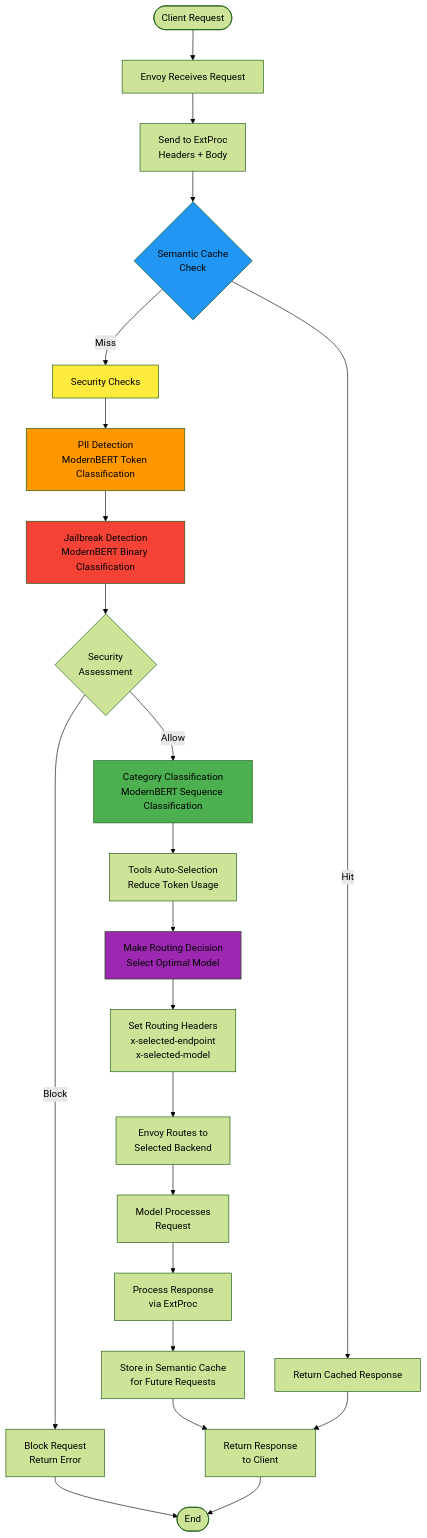
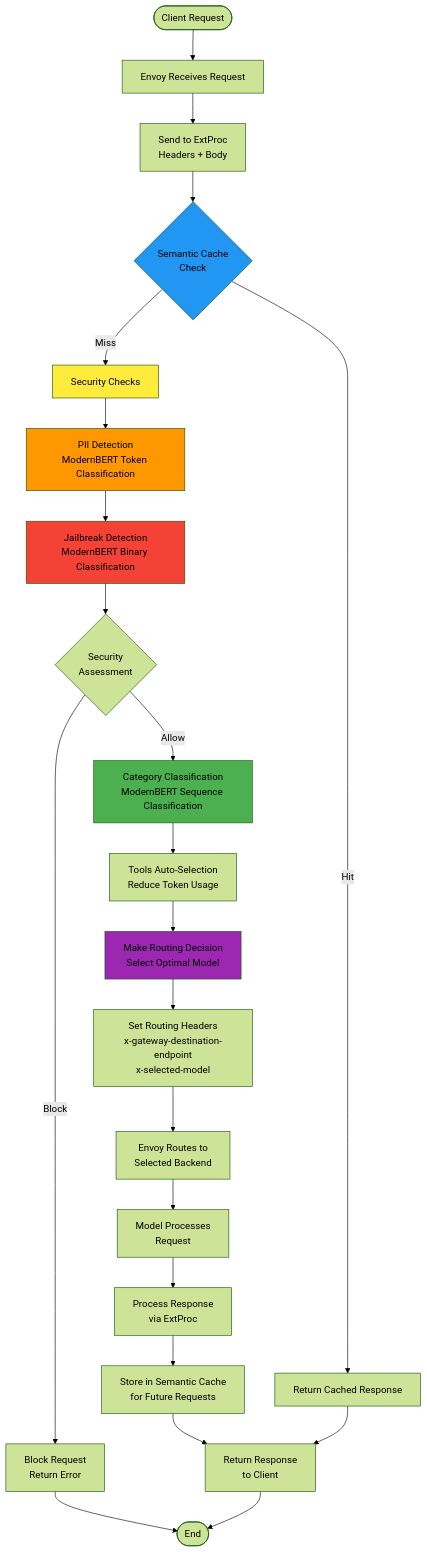
The fourth of 6 diagrams in docs/architecture/system-architecture.md (yuluo-yx/semantic-router), drawn with Mermaid (forest theme) before and after one commit. The commit also changed 6 other files, not shown here.

````diff
--- a/docs/architecture/system-architecture.md
+++ b/docs/architecture/system-architecture.md
@@ -211,45 +211,45 @@
 ```mermaid
 graph TB
     Start([Client Request]) --> EnvoyReceive[Envoy Receives Request]
     
     EnvoyReceive --> ExtProcSend[Send to ExtProc<br/>Headers + Body]
     
     ExtProcSend --> CacheCheck{Semantic Cache<br/>Check}
     
     CacheCheck -->|Hit| CacheReturn[Return Cached Response]
     CacheCheck -->|Miss| SecurityCheck[Security Checks]
     
     SecurityCheck --> PIICheck[PII Detection<br/>ModernBERT Token Classification]
     PIICheck --> JailbreakCheck[Jailbreak Detection<br/>ModernBERT Binary Classification]
     
     JailbreakCheck --> SecurityDecision{Security<br/>Assessment}
     SecurityDecision -->|Block| BlockRequest[Block Request<br/>Return Error]
     SecurityDecision -->|Allow| CategoryClassification[Category Classification<br/>ModernBERT Sequence Classification]
     
     CategoryClassification --> ToolsSelection[Tools Auto-Selection<br/>Reduce Token Usage]
     
     ToolsSelection --> RoutingDecision[Make Routing Decision<br/>Select Optimal Model]
     
-    RoutingDecision --> SetHeaders[Set Routing Headers<br/>x-selected-endpoint<br/>x-selected-model]
+    RoutingDecision --> SetHeaders[Set Routing Headers<br/>x-gateway-destination-endpoint<br/>x-selected-model]
     
     SetHeaders --> EnvoyRoute[Envoy Routes to<br/>Selected Backend]
     
     EnvoyRoute --> ModelResponse[Model Processes<br/>Request]
     
     ModelResponse --> ResponseProcess[Process Response<br/>via ExtProc]
     
     ResponseProcess --> CacheStore[Store in Semantic Cache<br/>for Future Requests]
     
     CacheStore --> FinalResponse[Return Response<br/>to Client]
     
     CacheReturn --> FinalResponse
     BlockRequest --> End([End])
     FinalResponse --> End
     
     style SecurityCheck fill:#ffeb3b
     style PIICheck fill:#ff9800  
     style JailbreakCheck fill:#f44336
     style CategoryClassification fill:#4caf50
     style CacheCheck fill:#2196f3
     style RoutingDecision fill:#9c27b0
 ```
````
